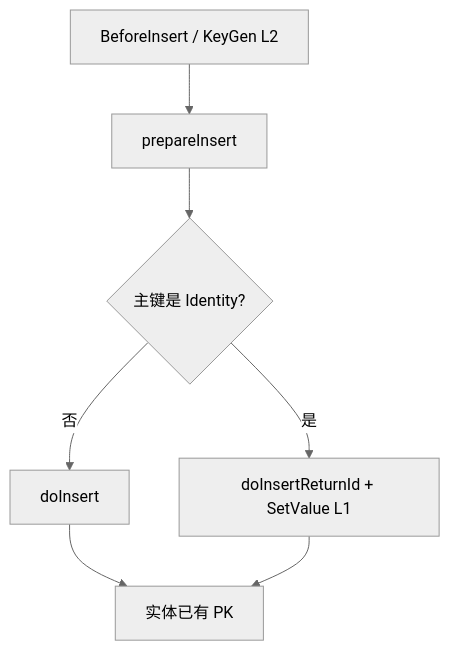
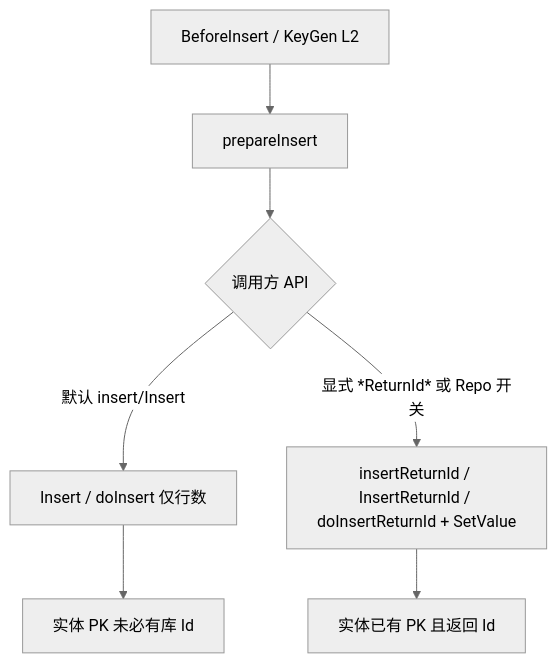
One commit to sailuosi/mooSQL changed the first of 3 diagrams in doc/design/features/仓储/插入主键回填与应用发号.md. Above: the diagram before and after it, drawn with Mermaid (neutral theme). The commit also changed other lines of this file, not shown here.

````diff
--- a/doc/design/features/仓储/插入主键回填与应用发号.md
+++ b/doc/design/features/仓储/插入主键回填与应用发号.md
@@ -16,12 +17,13 @@
 ```mermaid
 flowchart TD
   before[BeforeInsert / KeyGen L2]
   prep[prepareInsert]
-  exec{主键是 Identity?}
-  ins[doInsert]
-  retId["doInsertReturnId + SetValue L1"]
-  done[实体已有 PK]
-  before --> prep --> exec
-  exec -->|否| ins --> done
-  exec -->|是| retId --> done
+  api{调用方 API}
+  ins["Insert / doInsert 仅行数"]
+  retId["insertReturnId / InsertReturnId / doInsertReturnId + SetValue"]
+  doneRows[实体 PK 未必有库 Id]
+  doneId[实体已有 PK 且返回 Id]
+  before --> prep --> api
+  api -->|默认 insert/Insert| ins --> doneRows
+  api -->|显式 *ReturnId* 或 Repo 开关| retId --> doneId
 ```
````
